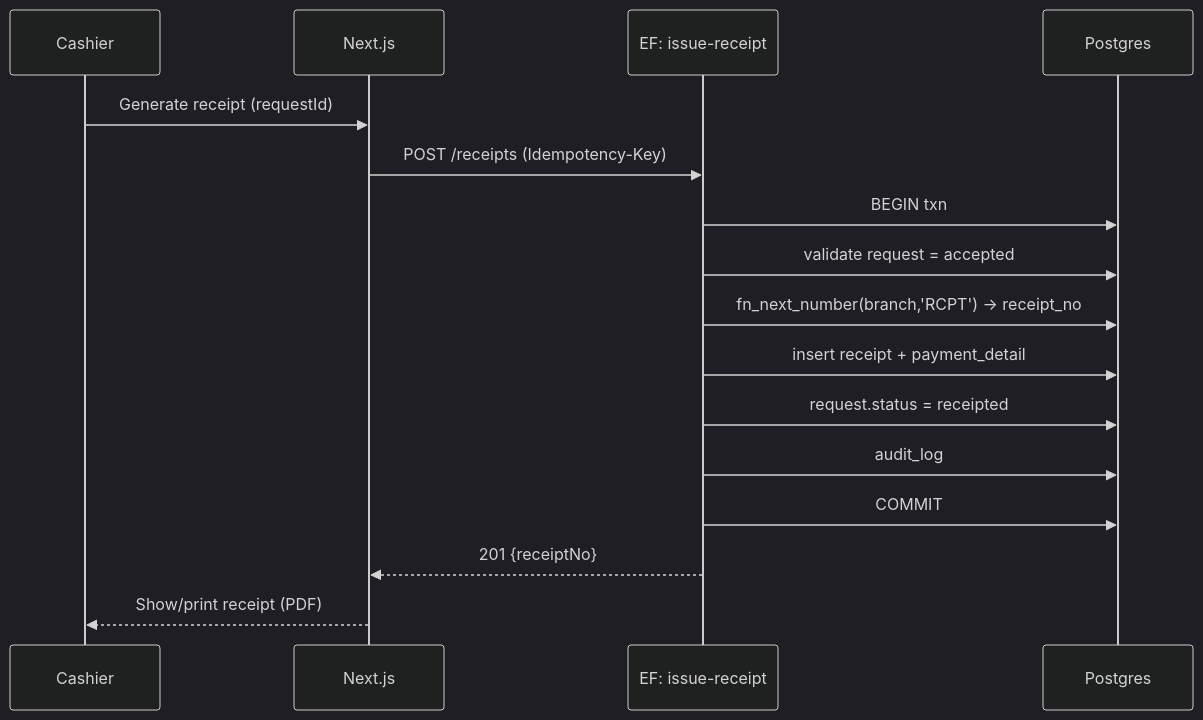
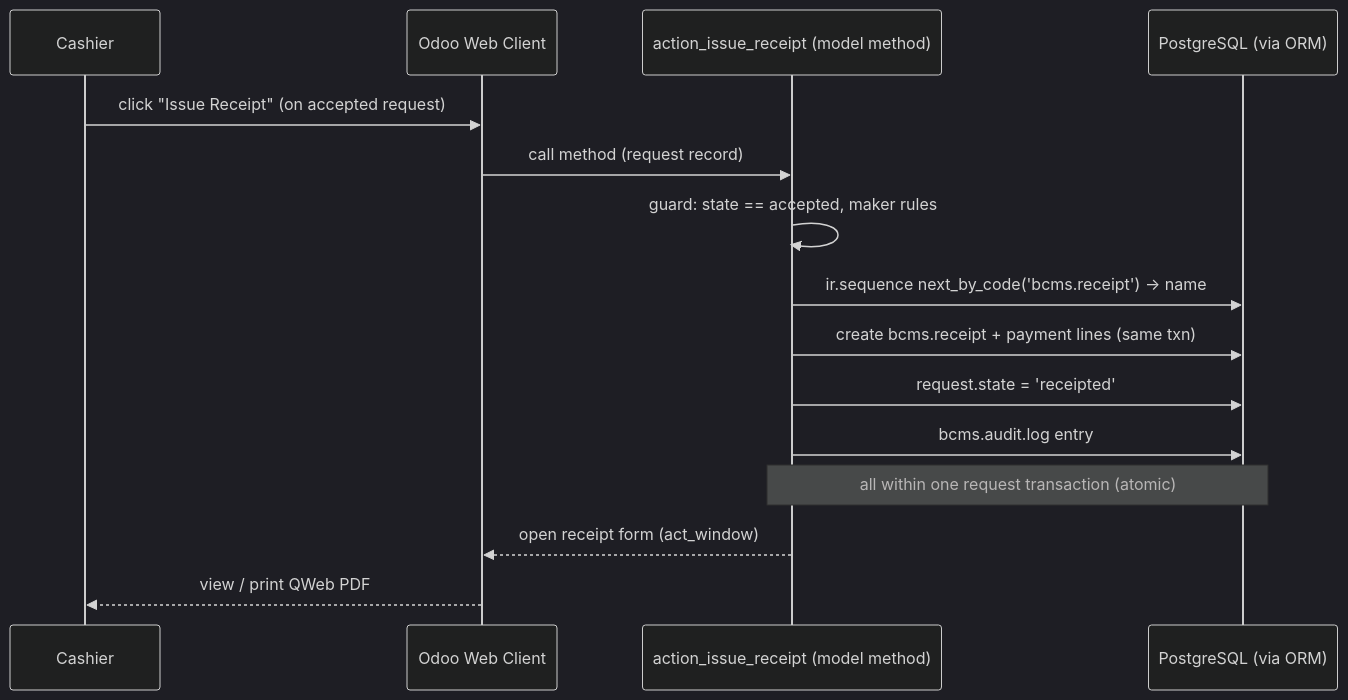
Before and after one commit to arunideen/branch-cash-management-system-odoo: the diagram in docs/diagrams/receipt-sequence.md, drawn with Mermaid (dark theme). The commit also changed 53 other files, not shown here.

````diff
--- a/docs/diagrams/receipt-sequence.md
+++ b/docs/diagrams/receipt-sequence.md
@@ -5,18 +5,17 @@
 ```mermaid
 sequenceDiagram
     participant C as Cashier
-    participant N as Next.js
-    participant EF as EF: issue-receipt
-    participant DB as Postgres
-    C->>N: Generate receipt (requestId)
-    N->>EF: POST /receipts (Idempotency-Key)
-    EF->>DB: BEGIN txn
-    EF->>DB: validate request = accepted
-    EF->>DB: fn_next_number(branch,'RCPT') -> receipt_no
-    EF->>DB: insert receipt + payment_detail
-    EF->>DB: request.status = receipted
-    EF->>DB: audit_log
-    EF->>DB: COMMIT
-    EF-->>N: 201 {receiptNo}
-    N-->>C: Show/print receipt (PDF)
+    participant W as Odoo Web Client
+    participant M as action_issue_receipt (model method)
+    participant DB as PostgreSQL (via ORM)
+    C->>W: click "Issue Receipt" (on accepted request)
+    W->>M: call method (request record)
+    M->>M: guard: state == accepted, maker rules
+    M->>DB: ir.sequence next_by_code('bcms.receipt') → name
+    M->>DB: create bcms.receipt + payment lines (same txn)
+    M->>DB: request.state = 'receipted'
+    M->>DB: bcms.audit.log entry
+    Note over M,DB: all within one request transaction (atomic)
+    M-->>W: open receipt form (act_window)
+    W-->>C: view / print QWeb PDF
 ```
````
